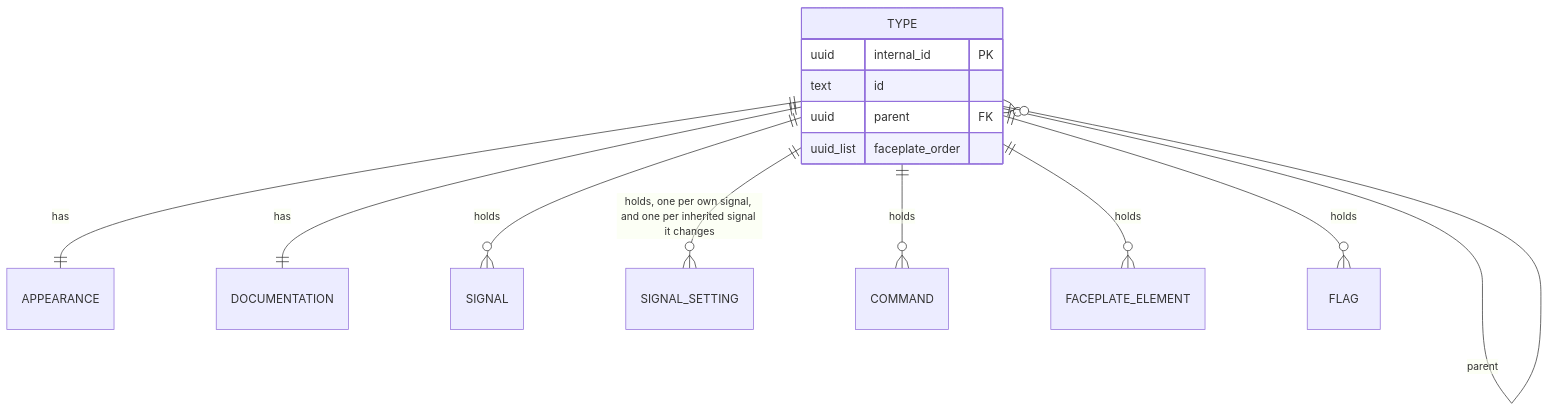
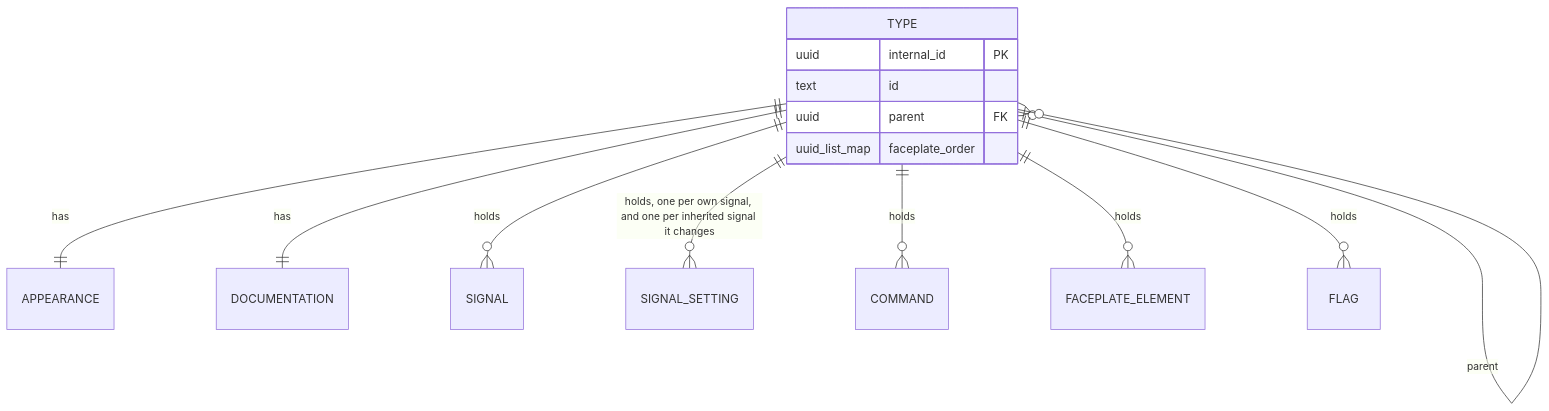
Before and after one commit to AlexandreGallais/synoptic-studio-spec: the diagram in metadata/entities/30-type.md, drawn with Mermaid. The commit also changed other lines of this file and 12 other files, not shown here.

````diff
--- a/metadata/entities/30-type.md
+++ b/metadata/entities/30-type.md
@@ -19,25 +20,25 @@
 ```mermaid
 erDiagram
     %% link TYPE 30-type.md
     %% link APPEARANCE 12-appearance.md
     %% link DOCUMENTATION 14-documentation.md
     %% link SIGNAL 16-signal.md
     %% link SIGNAL_SETTING 19-signal-setting.md
     %% link COMMAND 21-command.md
     %% link FACEPLATE_ELEMENT 27-faceplate-element.md
     %% link FLAG 28-flag.md
     TYPE {
         uuid internal_id PK
         text id
         uuid parent FK
-        uuid_list faceplate_order
+        uuid_list_map faceplate_order
     }
     TYPE |o--o{ TYPE : "parent"
     TYPE ||--|| APPEARANCE : "has"
     TYPE ||--|| DOCUMENTATION : "has"
     TYPE ||--o{ SIGNAL : "holds"
     TYPE ||--o{ SIGNAL_SETTING : "holds, one per own signal, and one per inherited signal it changes"
     TYPE ||--o{ COMMAND : "holds"
     TYPE ||--o{ FACEPLATE_ELEMENT : "holds"
     TYPE ||--o{ FLAG : "holds"
 ```
````
